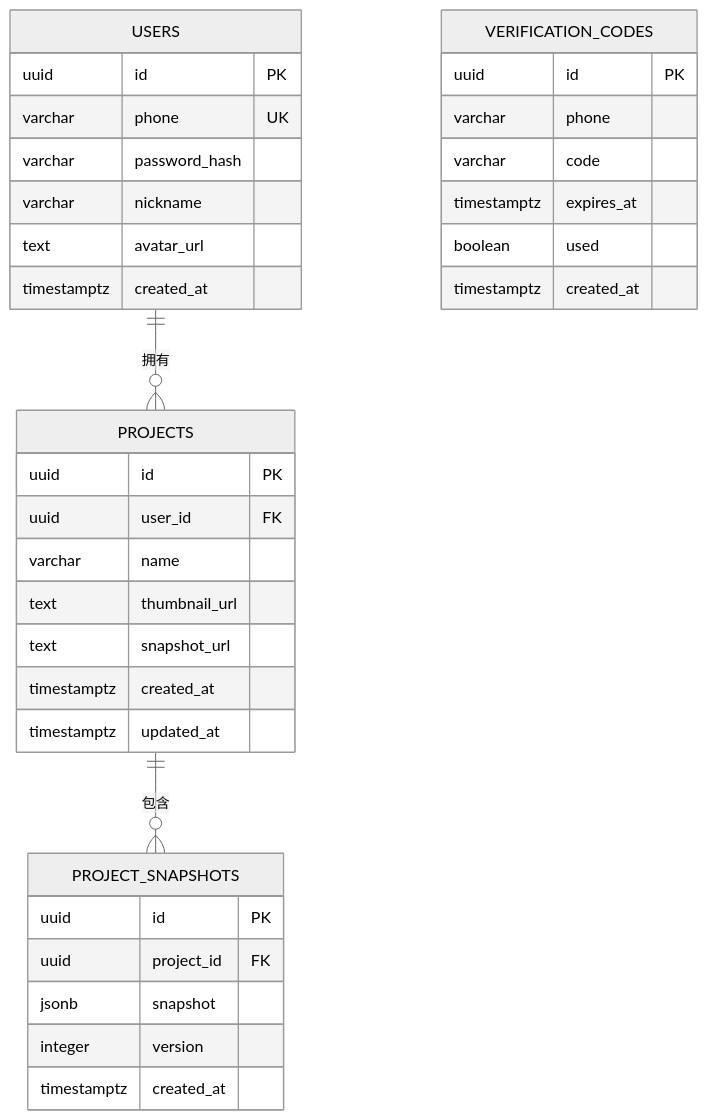
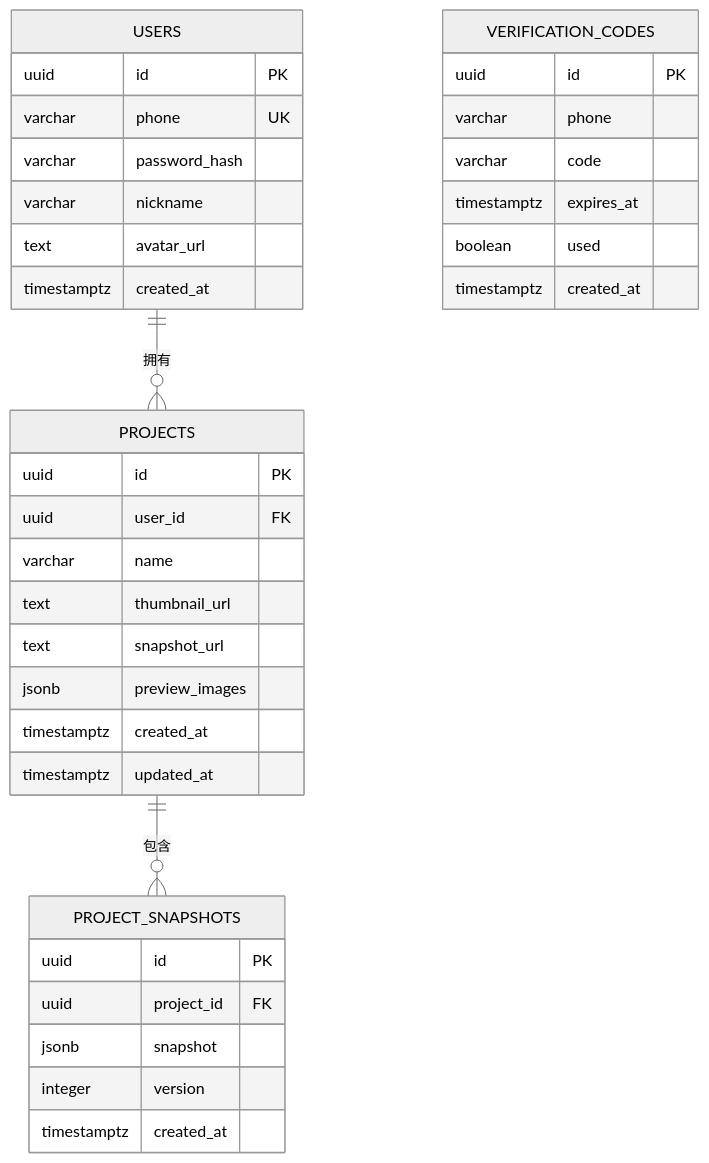
The second of 10 diagrams in .qoder/repowiki/zh/content/Database Schema Updates.md (billye220670/BananaFlow2), drawn with Mermaid (neutral theme) before and after one commit. The commit also changed other lines of this file and 17 other files, not shown here.

First line of the commit message:
refactor: shimmer单元素架构重构，统一图片URL为Supabase单一来源

````diff
--- a/.qoder/repowiki/zh/content/Database Schema Updates.md
+++ b/.qoder/repowiki/zh/content/Database Schema Updates.md
@@ -80,37 +90,38 @@
 ```mermaid
 erDiagram
 USERS {
 uuid id PK
 varchar phone UK
 varchar password_hash
 varchar nickname
 text avatar_url
 timestamptz created_at
 }
 VERIFICATION_CODES {
 uuid id PK
 varchar phone
 varchar code
 timestamptz expires_at
 boolean used
 timestamptz created_at
 }
 PROJECTS {
 uuid id PK
 uuid user_id FK
 varchar name
 text thumbnail_url
 text snapshot_url
+jsonb preview_images
 timestamptz created_at
 timestamptz updated_at
 }
 PROJECT_SNAPSHOTS {
 uuid id PK
 uuid project_id FK
 jsonb snapshot
 integer version
 timestamptz created_at
 }
 USERS ||--o{ PROJECTS : "拥有"
 PROJECTS ||--o{ PROJECT_SNAPSHOTS : "包含"
 ```
````
